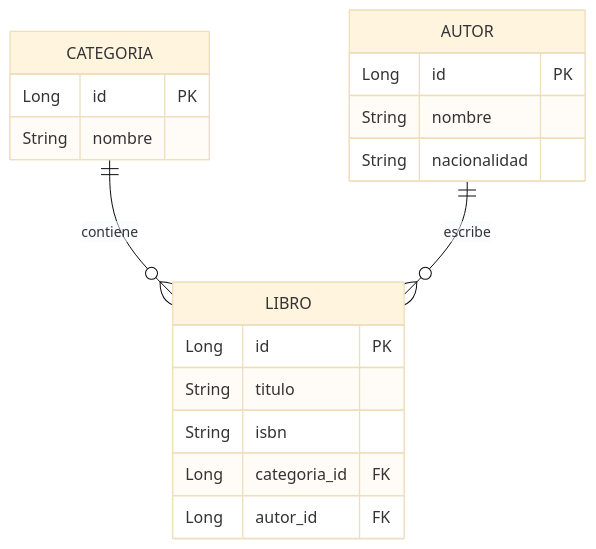
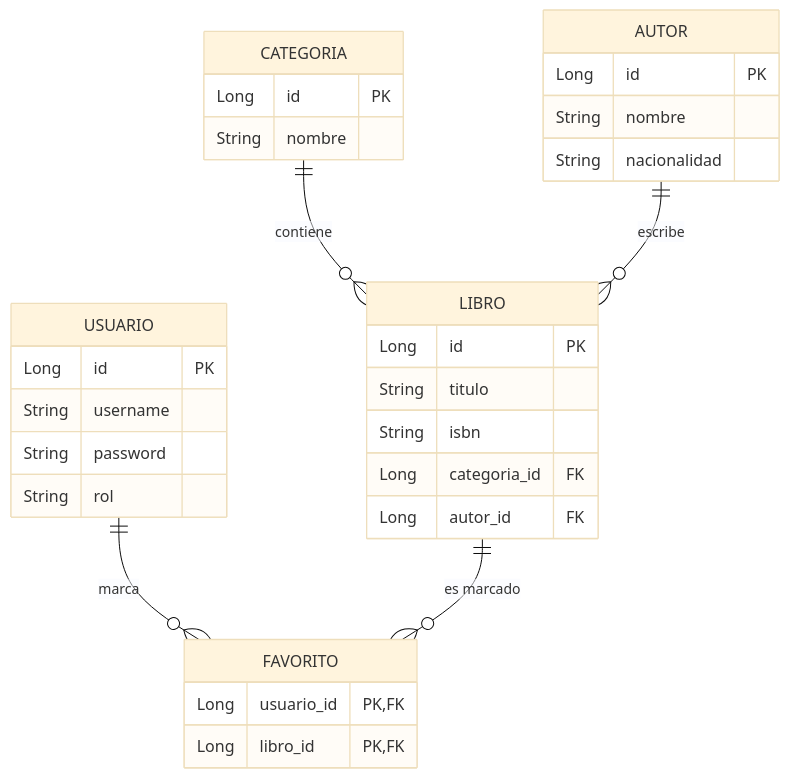
The first of 2 diagrams in README.md (CesarX55/PROYECTO-IMPLEMENTACION), drawn with Mermaid (base theme) before and after one commit. The commit also changed other lines of this file and 16 other files, not shown here.

````diff
--- a/README.md
+++ b/README.md
@@ -52,22 +71,34 @@
 ```mermaid
 erDiagram
     CATEGORIA ||--o{ LIBRO : "contiene"
     AUTOR ||--o{ LIBRO : "escribe"
+    USUARIO ||--o{ FAVORITO : "marca"
+    LIBRO ||--o{ FAVORITO : "es marcado"
 
     CATEGORIA {
         Long id PK
         String nombre
     }
     AUTOR {
         Long id PK
         String nombre
         String nacionalidad
     }
     LIBRO {
         Long id PK
         String titulo
         String isbn
         Long categoria_id FK
         Long autor_id FK
     }
+    USUARIO {
+        Long id PK
+        String username
+        String password
+        String rol
+    }
+    FAVORITO {
+        Long usuario_id PK, FK
+        Long libro_id PK, FK
+    }
 ```
````
